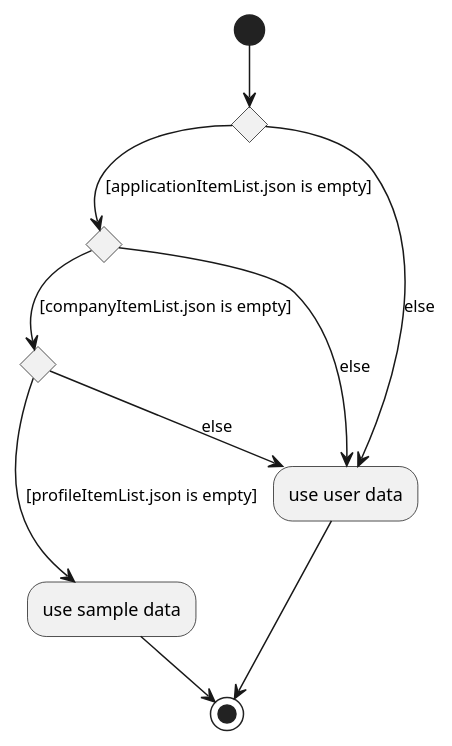
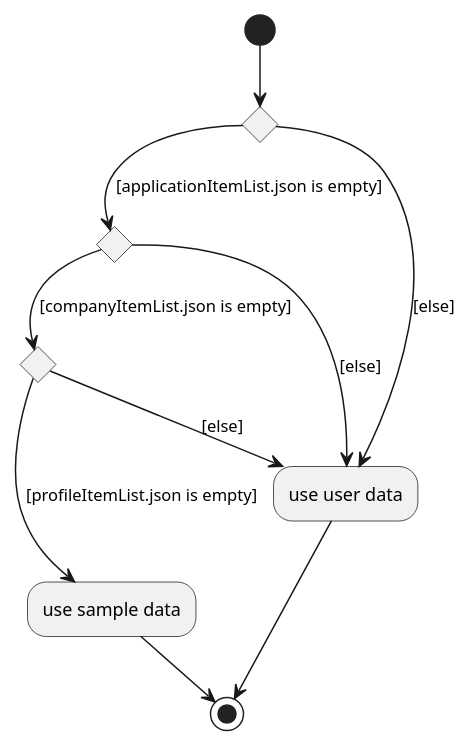
One commit to shawn-nyk/tp changed the diagram in docs/diagrams/SampleDataActivityDiagram.puml. Above: the diagram before and after it, drawn with PlantUML. The commit also changed 1 other file, not shown here.

```diff
--- a/docs/diagrams/SampleDataActivityDiagram.puml
+++ b/docs/diagrams/SampleDataActivityDiagram.puml
@@ -1,17 +1,17 @@
 @startuml
 (*)  --> If "" then
     [[applicationItemList.json is empty&#93;] If "" then
         [[companyItemList.json is empty&#93;] If "" then
         ---> [[profileItemList.json is empty&#93;] "use sample data"
         -->(*)
         else
-        --> [else] "use user data"
+        --> [[else&#93;] "use user data"
         Endif
     else
-    --> [else] "use user data"
+    --> [[else&#93;] "use user data"
     Endif
 else
---> [else] "use user data"
+--> [[else&#93;] "use user data"
 Endif
 -->(*)
 @enduml
```
